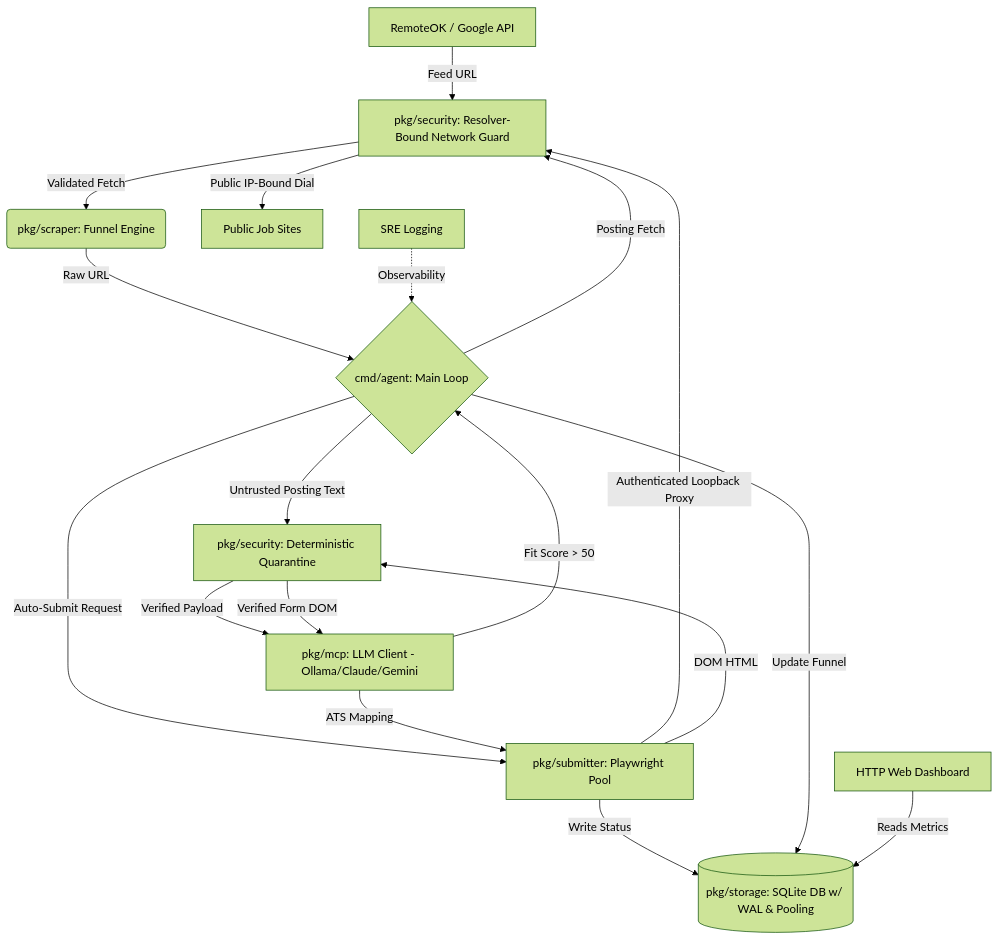
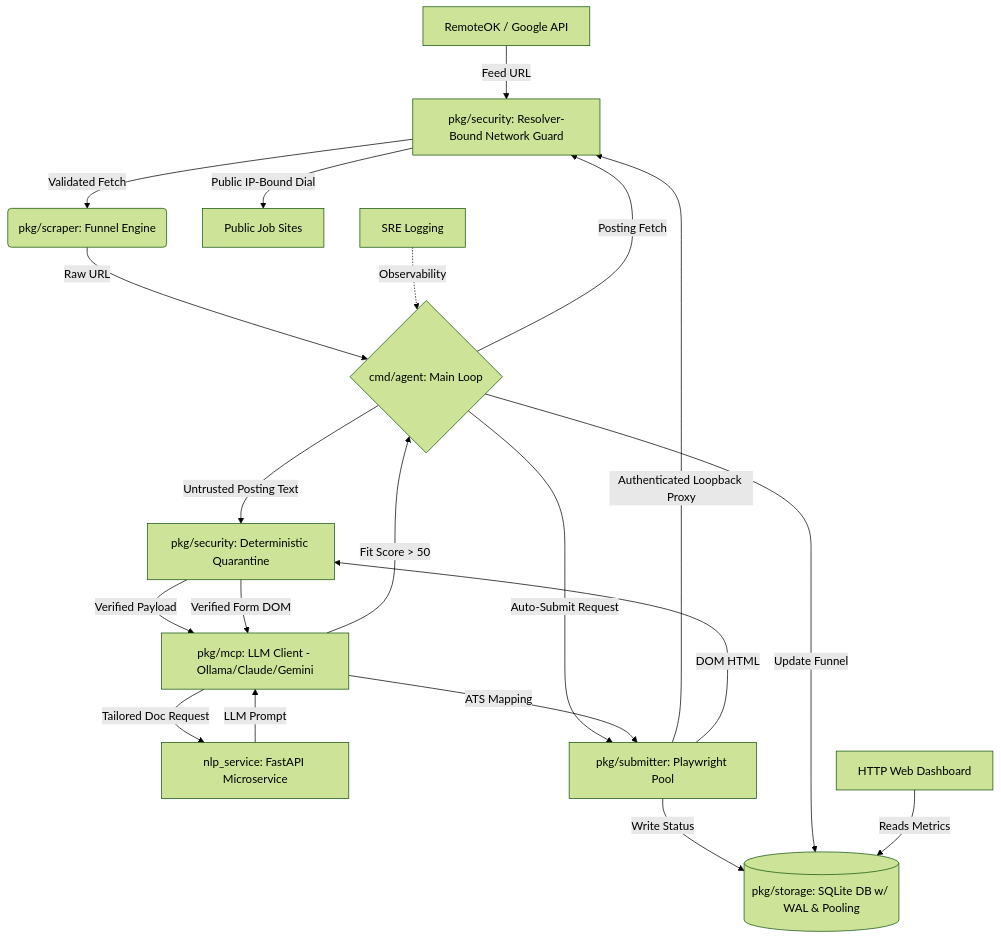
Before and after one commit to howlcipher/Career_Agent_Core: the diagram in README.md, drawn with Mermaid (forest theme). The commit also changed other lines of this file and 4 other files, not shown here.

````diff
--- a/README.md
+++ b/README.md
@@ -45,24 +45,26 @@
 ```mermaid
 graph TD
     A[RemoteOK / Google API] -->|Feed URL| N[pkg/security: Resolver-Bound Network Guard]
     N -->|Validated Fetch| B(pkg/scraper: Funnel Engine)
     B -->|Raw URL| C{cmd/agent: Main Loop}
     
     C -->|Untrusted Posting Text| F[pkg/security: Deterministic Quarantine]
     F -->|Verified Payload| D[pkg/mcp: LLM Client - Ollama/Claude/Gemini]
     D -->|Fit Score > 50| C
+    D -->|Tailored Doc Request| P[nlp_service: FastAPI Microservice]
+    P -->|LLM Prompt| D
 
     C -->|Auto-Submit Request| E[pkg/submitter: Playwright Pool]
     C -->|Posting Fetch| N
     E -->|Authenticated Loopback Proxy| N
     N -->|Public IP-Bound Dial| J[Public Job Sites]
     E -->|DOM HTML| F
     F -->|Verified Form DOM| D
     D -->|ATS Mapping| E
     
     E -->|Write Status| G[(pkg/storage: SQLite DB w/ WAL & Pooling)]
     C -->|Update Funnel| G
     
     H[HTTP Web Dashboard] -->|Reads Metrics| G
     I[SRE Logging] -.->|Observability| C
 ```
````
